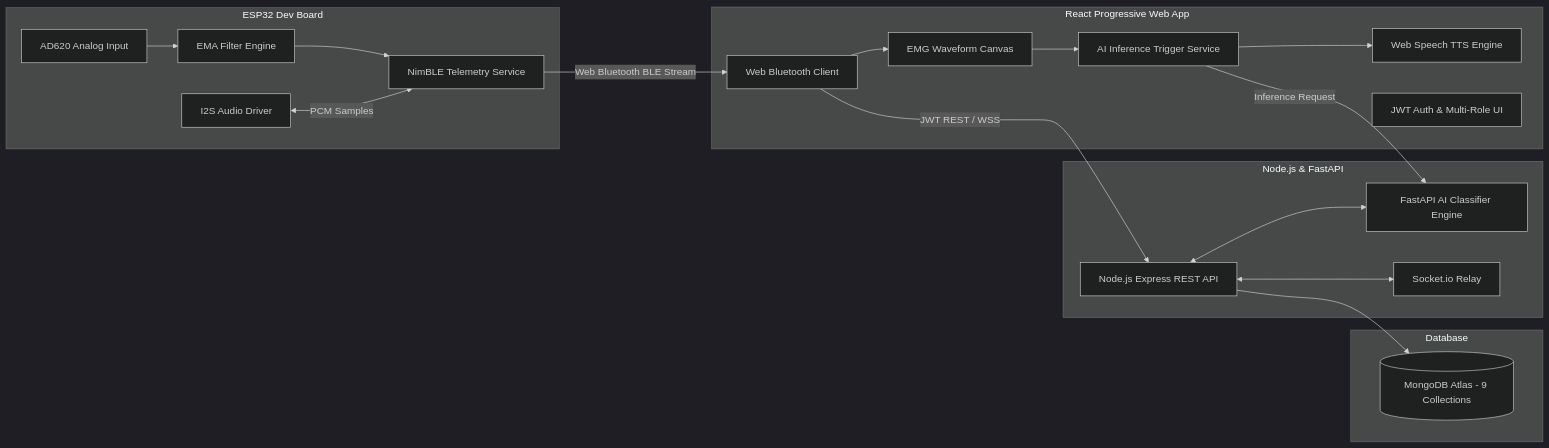
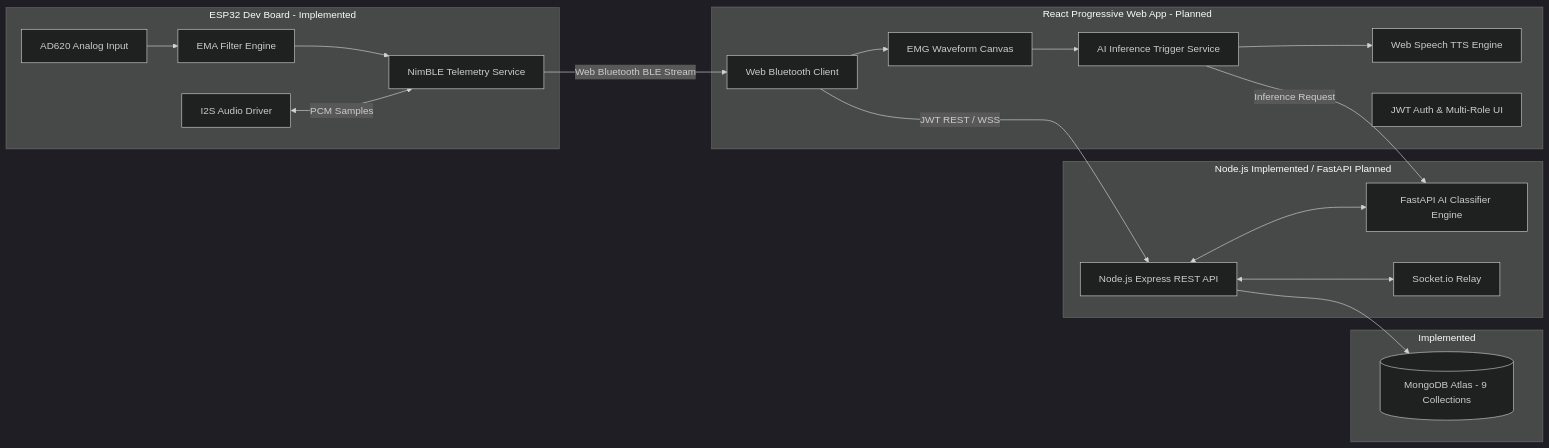
The second of 3 diagrams in PROJECT_CONTEXT.md (srividya1004/voiceback), drawn with Mermaid (dark theme) before and after one commit. The commit also changed other lines of this file and 83 other files, not shown here.

Commit message:
Complete patient onboarding frontend flow

````diff
--- a/PROJECT_CONTEXT.md
+++ b/PROJECT_CONTEXT.md
@@ -80,29 +80,29 @@
 ```mermaid
 graph LR
-    subgraph Firmware Layer [ESP32 Dev Board]
+    subgraph Firmware Layer [ESP32 Dev Board - Implemented]
         A1[AD620 Analog Input] --> A2[EMA Filter Engine]
         A2 --> A3[NimBLE Telemetry Service]
         A4[I2S Audio Driver] <-- PCM Samples --> A3
     end
 
-    subgraph Client Layer [React Progressive Web App]
+    subgraph Client Layer [React Progressive Web App - Planned]
         B1[Web Bluetooth Client] --> B2[EMG Waveform Canvas]
         B2 --> B3[AI Inference Trigger Service]
         B3 --> B4[Web Speech TTS Engine]
         B5[JWT Auth & Multi-Role UI]
     end
 
-    subgraph Backend Services [Node.js & FastAPI]
+    subgraph Backend Services [Node.js Implemented / FastAPI Planned]
         C1[Node.js Express REST API] <--> C2[FastAPI AI Classifier Engine]
         C1 <--> C3[Socket.io Relay]
     end
 
-    subgraph Database
+    subgraph Database [Implemented]
         D1[(MongoDB Atlas - 9 Collections)]
     end
 
     A3 -- Web Bluetooth BLE Stream --> B1
     B3 -- Inference Request --> C2
     B1 -- JWT REST / WSS --> C1
     C1 --> D1
 ```
````
